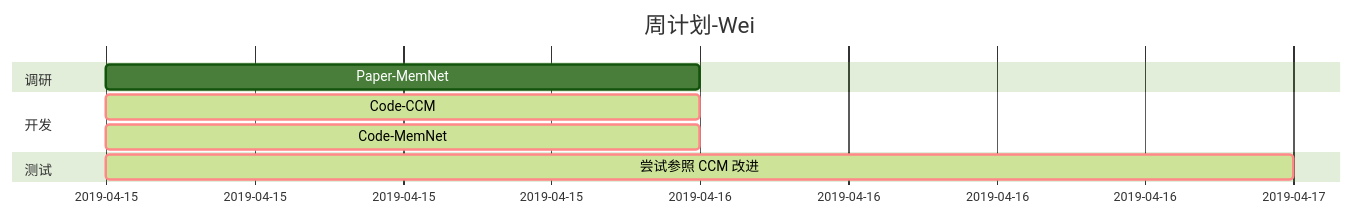
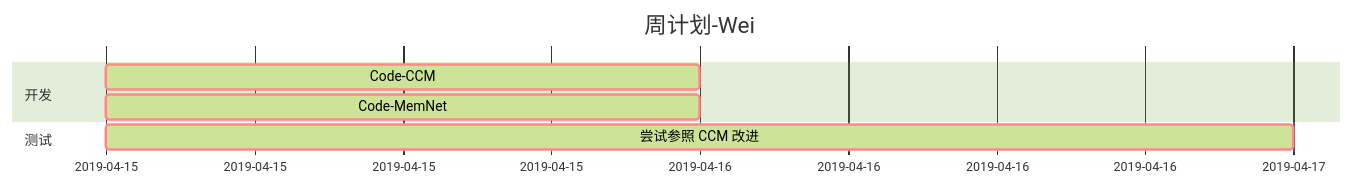
The second of 2 diagrams in Planner.md (little-women/reading-list), drawn with Mermaid (forest theme) before and after one commit. The commit also changed other lines of this file and 2 other files, not shown here.

````diff
--- a/Planner.md
+++ b/Planner.md
@@ -20,15 +20,12 @@
 ```mermaid
         gantt
         dateFormat  YYYY-MM-DD
         title 周计划-Wei
-
-        section 调研
-        Paper-MemNet                   :paper1, 2019-04-15, 1d
         
         section 开发
         Code-CCM                      :crit, active,2019-04-15, 1d
         Code-MemNet                   :crit, active,2019-04-15, 1d
     
         section 测试
         尝试参照 CCM 改进                   :crit, active,2019-04-15, 2d
 ```
````
